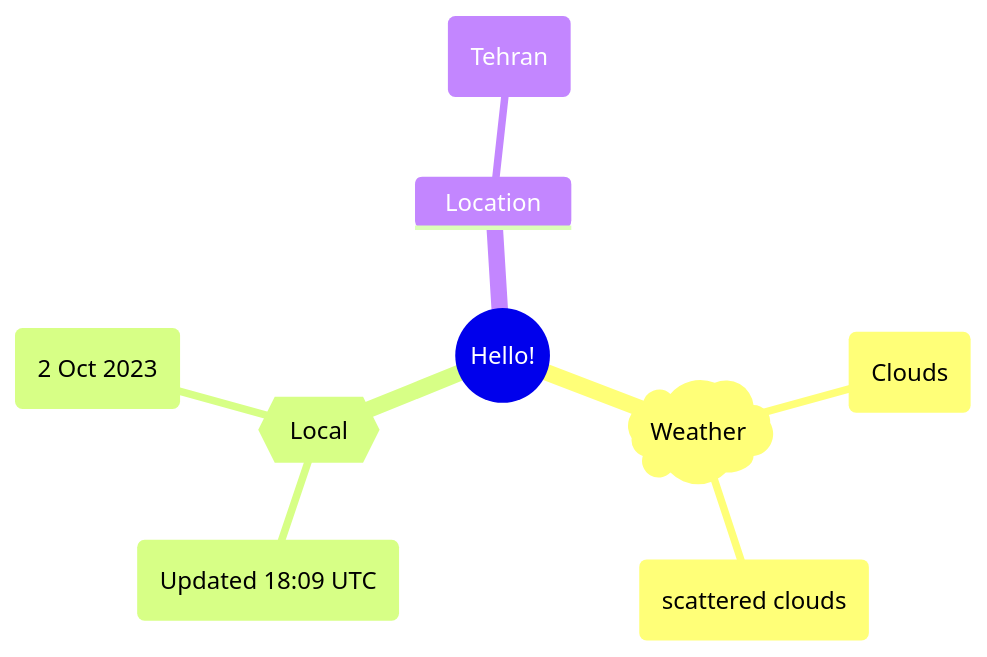
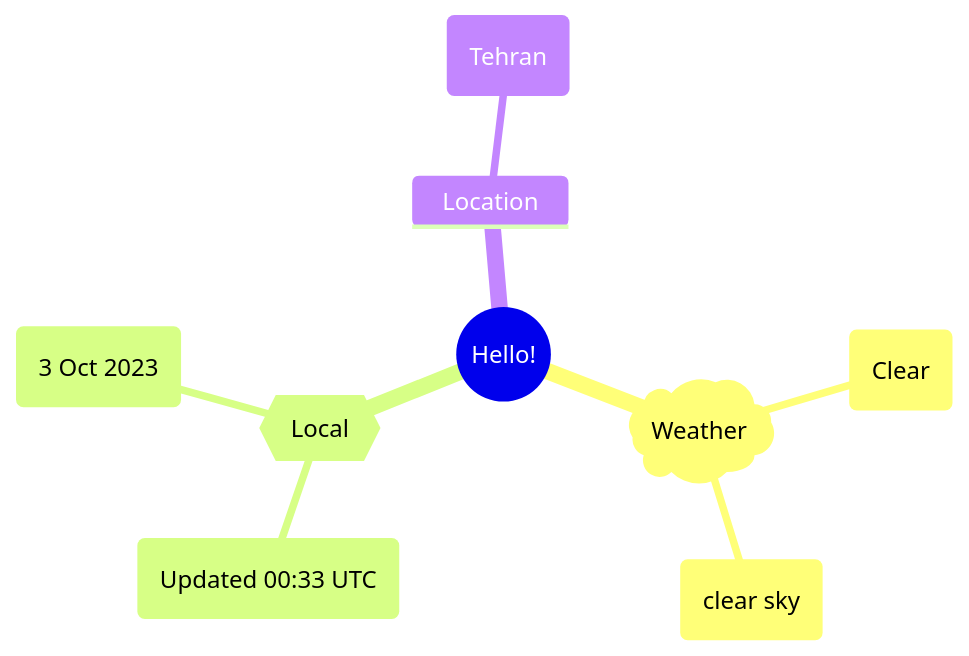
Before and after one commit to Xosrov/Xosrov: the first of 2 diagrams in README.md, drawn with Mermaid.

Commit message:
[bot] updated images

````diff
--- a/README.md
+++ b/README.md
@@ -3,12 +3,12 @@
 ```mermaid
 mindmap
   root((Hello!))
     )Weather(
-        (Clouds)
-        (scattered clouds)
+        (Clear)
+        (clear sky)
     {{Local}}
-        (Updated 18:09 UTC)
-        (2 Oct 2023)
+        (Updated 00:33 UTC)
+        (3 Oct 2023)
     Location
         (Tehran)
 ```
````
